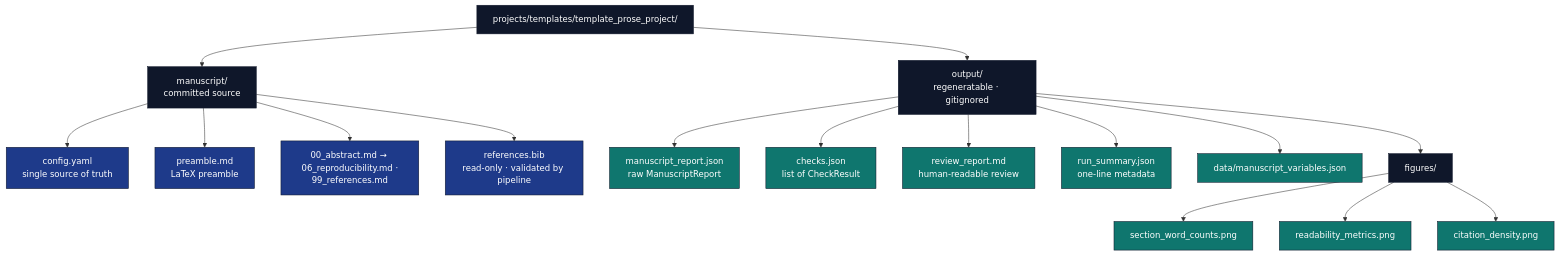
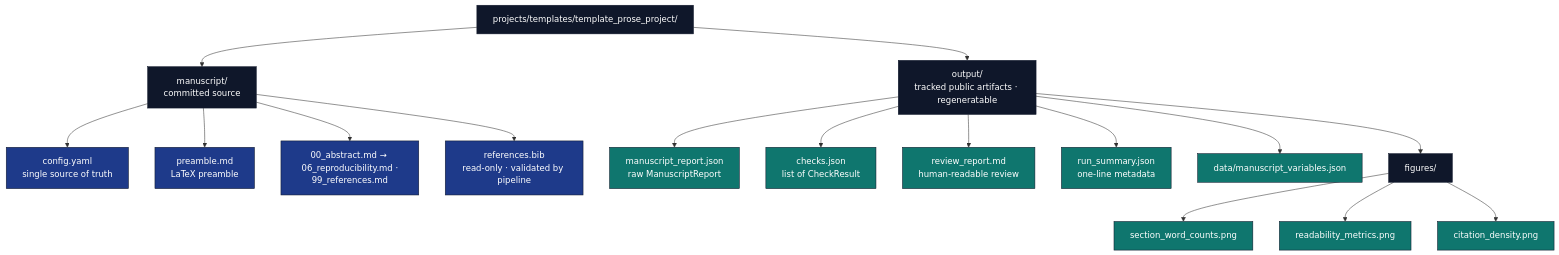
The diagram in projects/templates/template_prose_project/docs/output_conventions.md (docxology/template), drawn with Mermaid before and after one commit. The commit also changed other lines of this file and 3858 other files, not shown here.

````diff
--- a/projects/templates/template_prose_project/docs/output_conventions.md
+++ b/projects/templates/template_prose_project/docs/output_conventions.md
@@ -8,29 +8,29 @@
 ```mermaid
 flowchart TB
     P[projects/templates/template_prose_project/]
     P --> M[manuscript/<br/>committed source]
-    P --> OUT[output/<br/>regeneratable · gitignored]
+    P --> OUT[output/<br/>tracked public artifacts · regeneratable]
 
     M --> M_CFG[config.yaml<br/>single source of truth]
     M --> M_PRE[preamble.md<br/>LaTeX preamble]
     M --> M_S[00_abstract.md → 06_reproducibility.md ·<br/>99_references.md]
     M --> M_BIB[references.bib<br/>read-only · validated by pipeline]
 
     OUT --> O_REP[manuscript_report.json<br/>raw ManuscriptReport]
     OUT --> O_CK[checks.json<br/>list of CheckResult]
     OUT --> O_RR[review_report.md<br/>human-readable review]
     OUT --> O_RS[run_summary.json<br/>one-line metadata]
     OUT --> O_DATA[data/manuscript_variables.json]
     OUT --> O_FIG[figures/]
 
     O_FIG --> F1[section_word_counts.png]
     O_FIG --> F2[readability_metrics.png]
     O_FIG --> F3[citation_density.png]
 
     classDef d fill:#0f172a,stroke:#0f172a,color:#fff
     classDef src fill:#1e3a8a,stroke:#0f172a,color:#fff
     classDef gen fill:#0f766e,stroke:#0f172a,color:#fff
     class P,M,OUT,O_FIG d
     class M_CFG,M_PRE,M_S,M_BIB src
     class O_REP,O_CK,O_RR,O_RS,O_DATA,F1,F2,F3 gen
 ```
````
